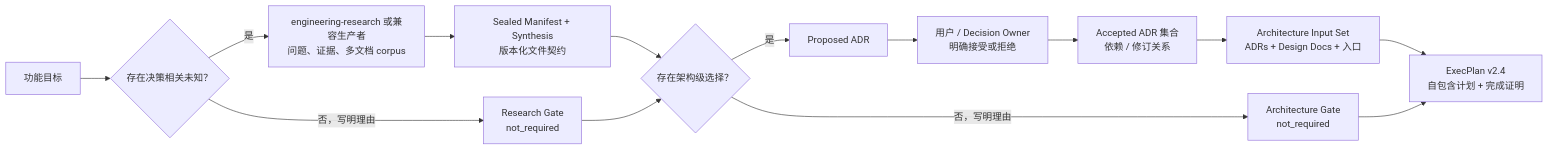
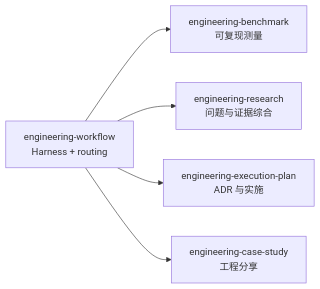
Before and after one commit to XiaoWeiKIN/RepoFoundryAI: the diagram in SKILL.md, drawn with Mermaid. The commit also changed other lines of this file and 71 other files, not shown here.

First line of the commit message:
feat: add engineering benchmark and workflow skills (#6)

````diff
--- a/SKILL.md
+++ b/SKILL.md
@@ -11,16 +12,8 @@
 ```mermaid
 flowchart LR
-    F["功能目标"] --> Q{"存在决策相关未知？"}
-    Q -->|"是"| R["engineering-research 或兼容生产者<br/>问题、证据、多文档 corpus"]
-    R --> S["Sealed Manifest + Synthesis<br/>版本化文件契约"]
-    Q -->|"否，写明理由"| RG["Research Gate<br/>not_required"]
-    S --> A{"存在架构级选择？"}
-    A -->|"是"| P["Proposed ADR"]
-    P --> H["用户 / Decision Owner<br/>明确接受或拒绝"]
-    H --> D["Accepted ADR 集合<br/>依赖 / 修订关系"]
-    A -->|"否，写明理由"| AG["Architecture Gate<br/>not_required"]
-    D --> I["Architecture Input Set<br/>ADRs + Design Docs + 入口"]
-    I --> EP["ExecPlan v2.4<br/>自包含计划 + 完成证明"]
-    RG --> A
-    AG --> EP
+    W["engineering-workflow<br/>Harness + routing"]
+    W --> B["engineering-benchmark<br/>可复现测量"]
+    W --> R["engineering-research<br/>问题与证据综合"]
+    W --> E["engineering-execution-plan<br/>ADR 与实施"]
+    W --> C["engineering-case-study<br/>工程分享"]
 ```
````
